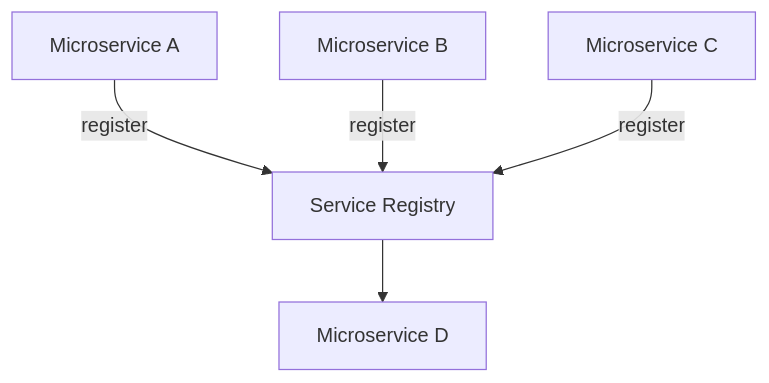
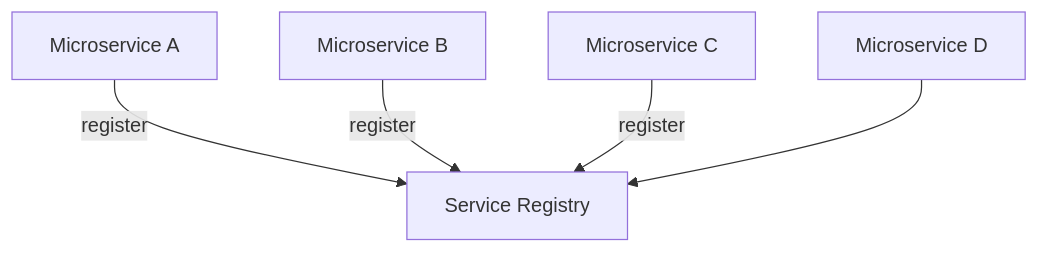
Before and after one commit to sonamsamdupkhangsar/sonamsamdupkhangsar.github.io: the diagram in service-discovery/README.md, drawn with Mermaid.

Commit message:
add service discovery

````diff
--- a/service-discovery/README.md
+++ b/service-discovery/README.md
@@ -8,13 +8,13 @@
 ```mermaid
 flowchart TD    
     A[Microservice A] 
     B[Microservice B]
     C[Microservice C]
     Eureka[Service Registry]
     D[Microservice D] 
 
-    A --> |register| Eureka[Service Registry]
+    A --> |register| Eureka
     B --> |register| Eureka
     C --> |register| Eureka
-    Eureka --> D
+    D --> Eureka
 ``` 
````
